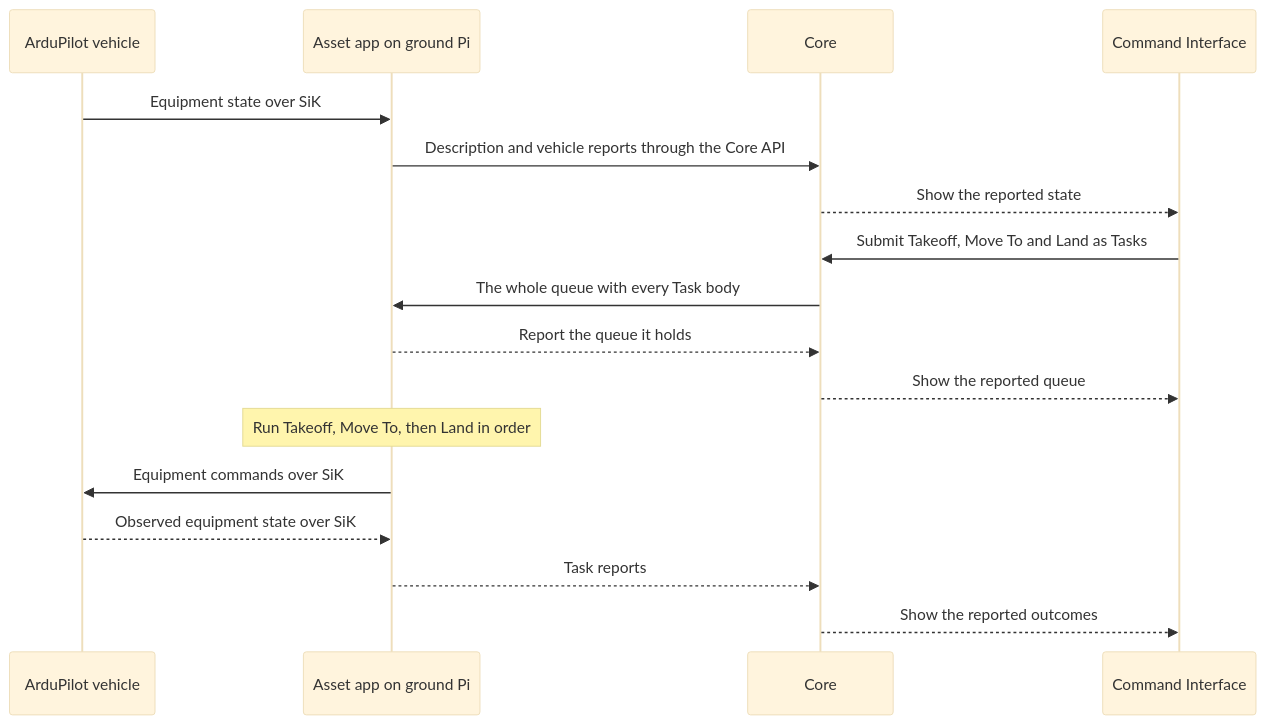
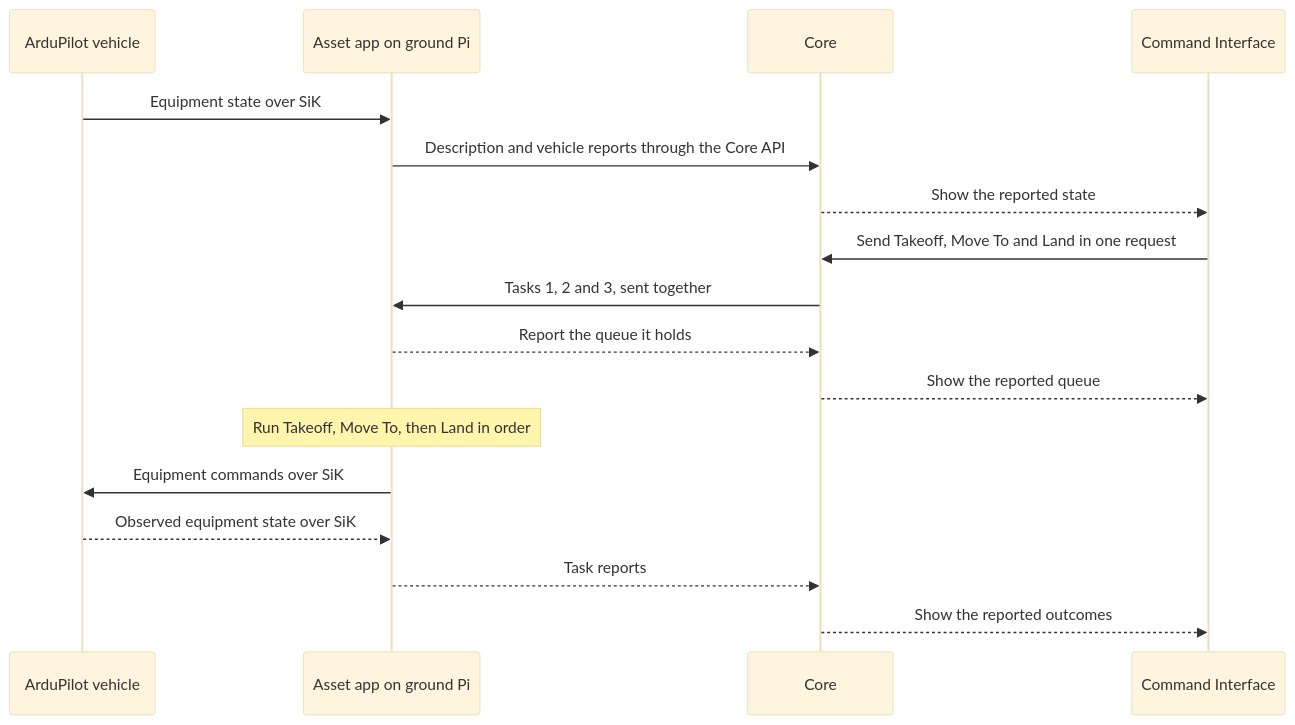
The diagram in atlas/first-flight.md (atlas-field-systems/atlas), drawn with Mermaid (base theme) before and after one commit. The commit also changed other lines of this file and 42 other files, not shown here.

First line of the commit message:
Send Tasks as a numbered stream and settle the design review

````diff
--- a/atlas/first-flight.md
+++ b/atlas/first-flight.md
@@ -37,19 +37,19 @@
 ```mermaid
 sequenceDiagram
     participant Drone as ArduPilot vehicle
     participant Pi as Asset app on ground Pi
     participant Core
     participant UI as Command Interface
     Drone->>Pi: Equipment state over SiK
     Pi->>Core: Description and vehicle reports through the Core API
     Core-->>UI: Show the reported state
-    UI->>Core: Submit Takeoff, Move To and Land as Tasks
-    Core->>Pi: The whole queue with every Task body
+    UI->>Core: Send Takeoff, Move To and Land in one request
+    Core->>Pi: Tasks 1, 2 and 3, sent together
     Pi-->>Core: Report the queue it holds
     Core-->>UI: Show the reported queue
     Note over Pi: Run Takeoff, Move To, then Land in order
     Pi->>Drone: Equipment commands over SiK
     Drone-->>Pi: Observed equipment state over SiK
     Pi-->>Core: Task reports
     Core-->>UI: Show the reported outcomes
 ```
````
